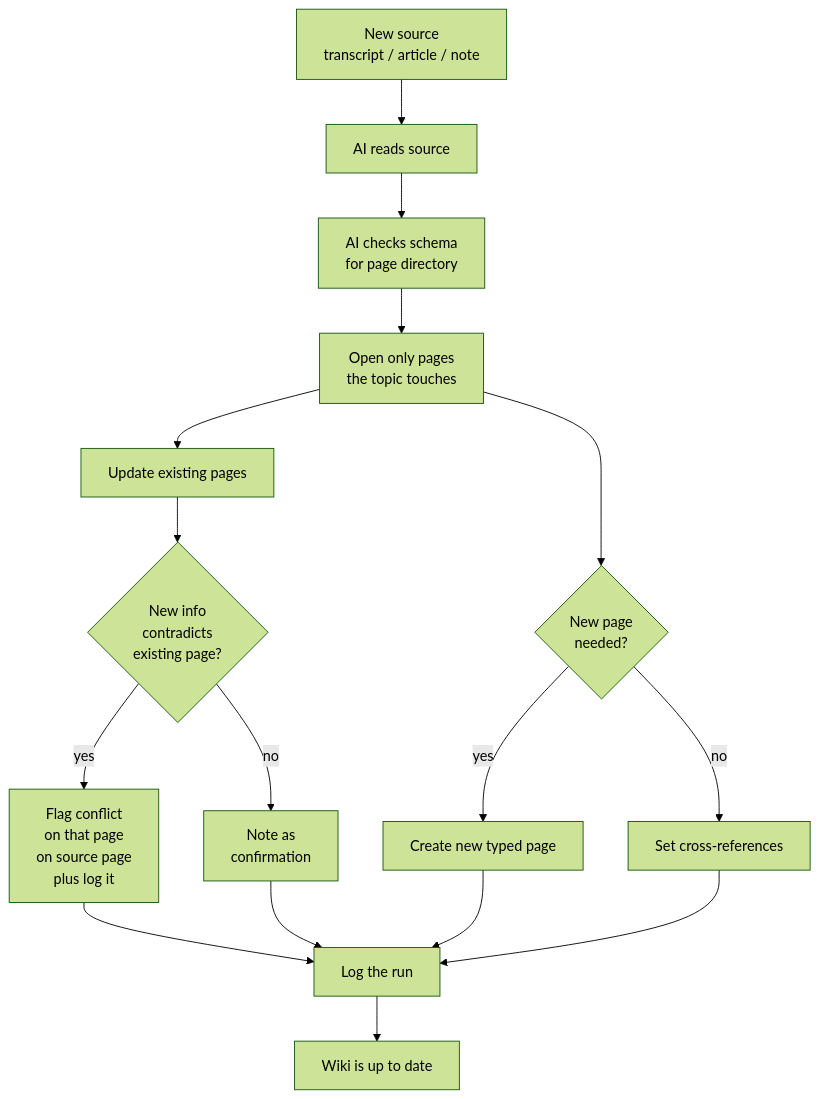
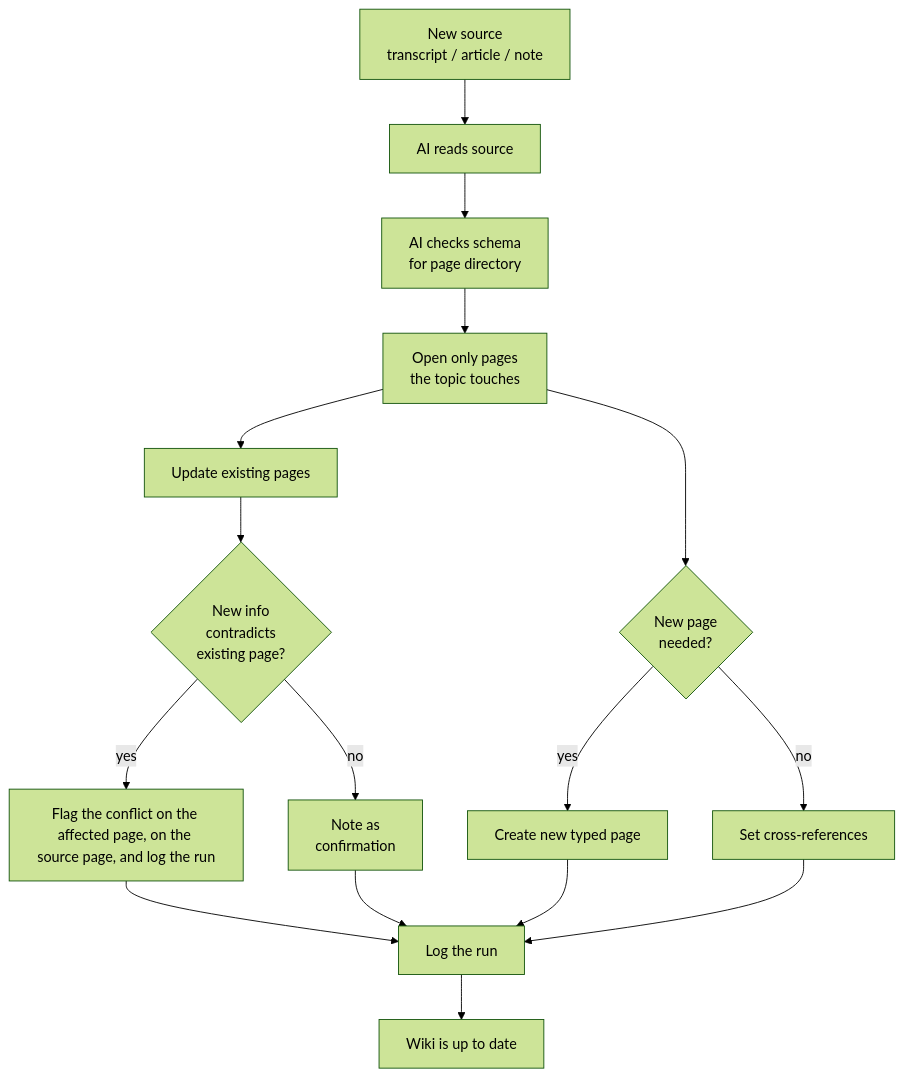
The fifth of 6 diagrams in content/Research/second-brain-build.md (xdflatline/quartz), drawn with Mermaid (forest theme) before and after one commit. The commit also changed other lines of this file and 2 other files, not shown here.

````diff
--- a/content/Research/second-brain-build.md
+++ b/content/Research/second-brain-build.md
@@ -148,18 +148,18 @@
 ```mermaid
 flowchart TD
     S[New source<br/>transcript / article / note] --> R[AI reads source]
     R --> D[AI checks schema<br/>for page directory]
     D --> F[Open only pages<br/>the topic touches]
     F --> U[Update existing pages]
     U --> C{New info<br/>contradicts<br/>existing page?}
-    C -- yes --> Flag[Flag conflict<br/>on that page<br/>on source page<br/>plus log it]
+    C -- yes --> Flag[Flag the conflict on the affected page, on the source page, and log the run]
     C -- no --> Confirm[Note as<br/>confirmation]
     F --> N{New page<br/>needed?}
     N -- yes --> Create[Create new typed page]
     N -- no --> Refs[Set cross-references]
     Refs --> Log[Log the run]
     Flag --> Log
     Confirm --> Log
     Create --> Log
     Log --> Done[Wiki is up to date]
 ```
````
